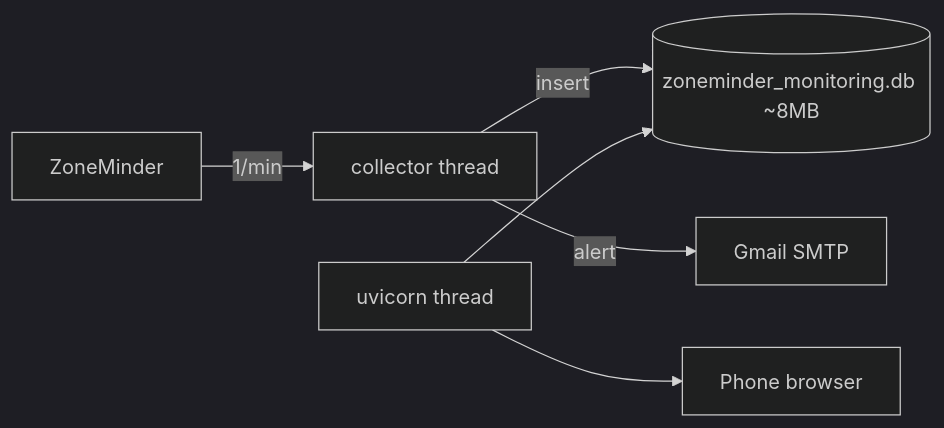
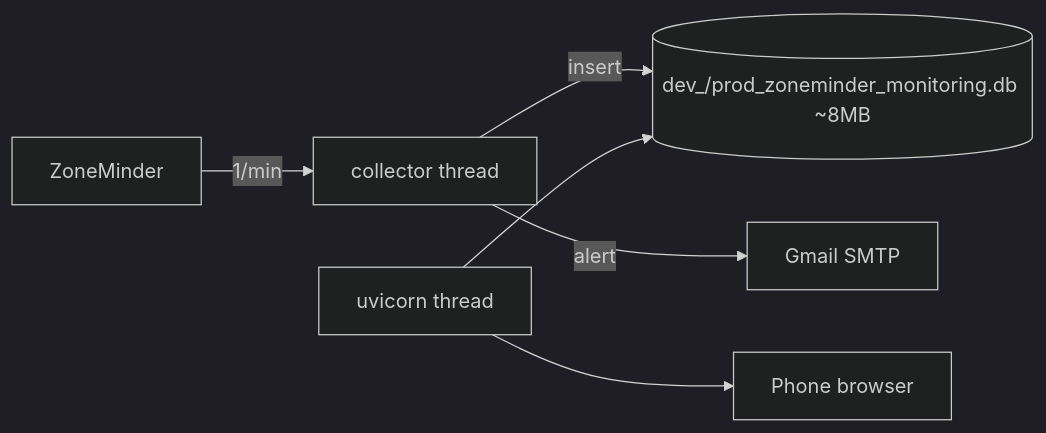
The diagram in plan.md (hungminhtran/zoneminder-camera-monitoring-with-email), drawn with Mermaid (dark theme) before and after one commit. The commit also changed other lines of this file and 14 other files, not shown here.

````diff
--- a/plan.md
+++ b/plan.md
@@ -50,8 +50,8 @@
 ```mermaid
 graph LR
   ZM[ZoneMinder] -->|1/min| C[collector thread]
-  C -->|insert| DB[(zoneminder_monitoring.db ~8MB)]
+  C -->|insert| DB[(dev_/prod_zoneminder_monitoring.db ~8MB)]
   C -->|alert| SMTP[Gmail SMTP]
   W[uvicorn thread] --> DB
   W --> P[Phone browser]
 ```
````
